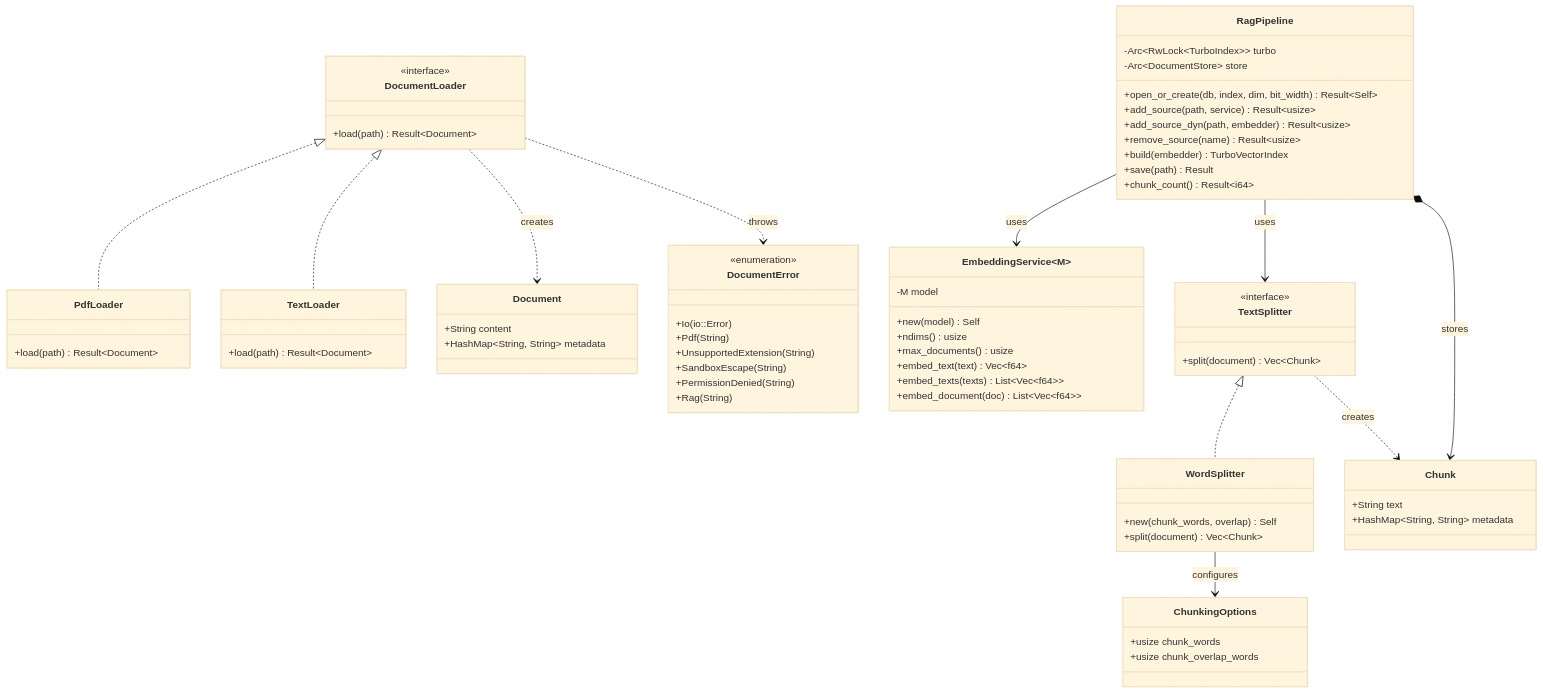
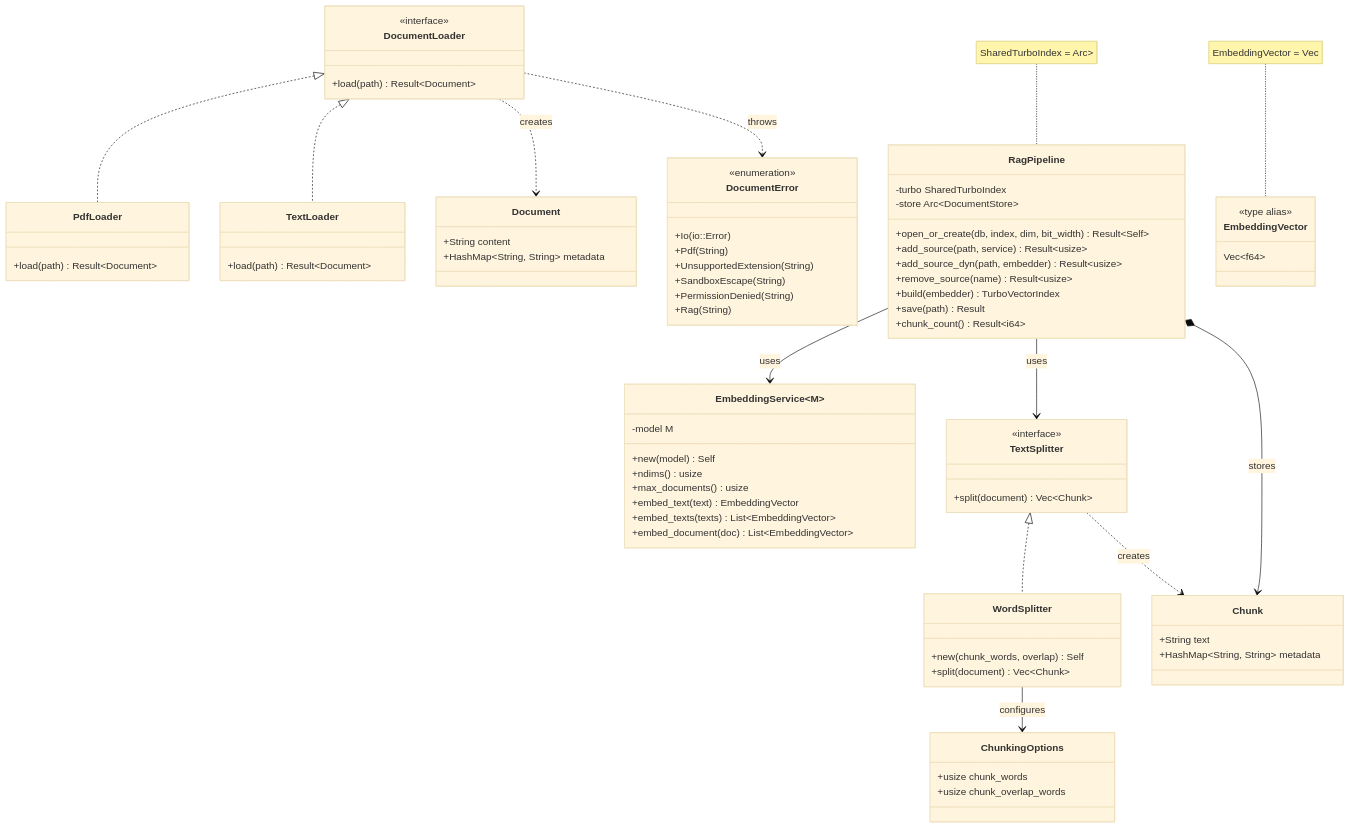
One commit to skaarfundgandr/agent_rs changed the third of 4 diagrams in docs/diagrams/class-diagram.md. Above: the diagram before and after it, drawn with Mermaid (base theme). The commit also changed other lines of this file and 7 other files, not shown here.

Commit message:
docs: update documentation, diagrams, and project guide for builders

````diff
--- a/docs/diagrams/class-diagram.md
+++ b/docs/diagrams/class-diagram.md
@@ -166,8 +166,8 @@
     }
 
     class RagPipeline {
-        -Arc~RwLock~TurboIndex~~ turbo
-        -Arc~DocumentStore~ store
+        -turbo SharedTurboIndex
+        -store Arc~DocumentStore~
         +open_or_create(db, index, dim, bit_width) Result~Self~
         +add_source(path, service) Result~usize~
         +add_source_dyn(path, embedder) Result~usize~
@@ -177,14 +177,19 @@
         +chunk_count() Result~i64~
     }
 
+    class EmbeddingVector {
+        <<type alias>>
+        Vec~f64~
+    }
+
     class EmbeddingService~M~ {
-        -M model
+        -model M
         +new(model) Self
         +ndims() usize
         +max_documents() usize
-        +embed_text(text) Vec~f64~
-        +embed_texts(texts) List~Vec~f64~~
-        +embed_document(doc) List~Vec~f64~~
+        +embed_text(text) EmbeddingVector
+        +embed_texts(texts) List~EmbeddingVector~
+        +embed_document(doc) List~EmbeddingVector~
     }
 
     class DocumentError {
@@ -209,4 +214,7 @@
     RagPipeline --> EmbeddingService : uses
     RagPipeline --> TextSplitter : uses
     RagPipeline *--> Chunk : stores
+
+    note for RagPipeline "SharedTurboIndex = Arc<RwLock<TurboIndex>>"
+    note for EmbeddingVector "EmbeddingVector = Vec<f64>"
 ```
````
